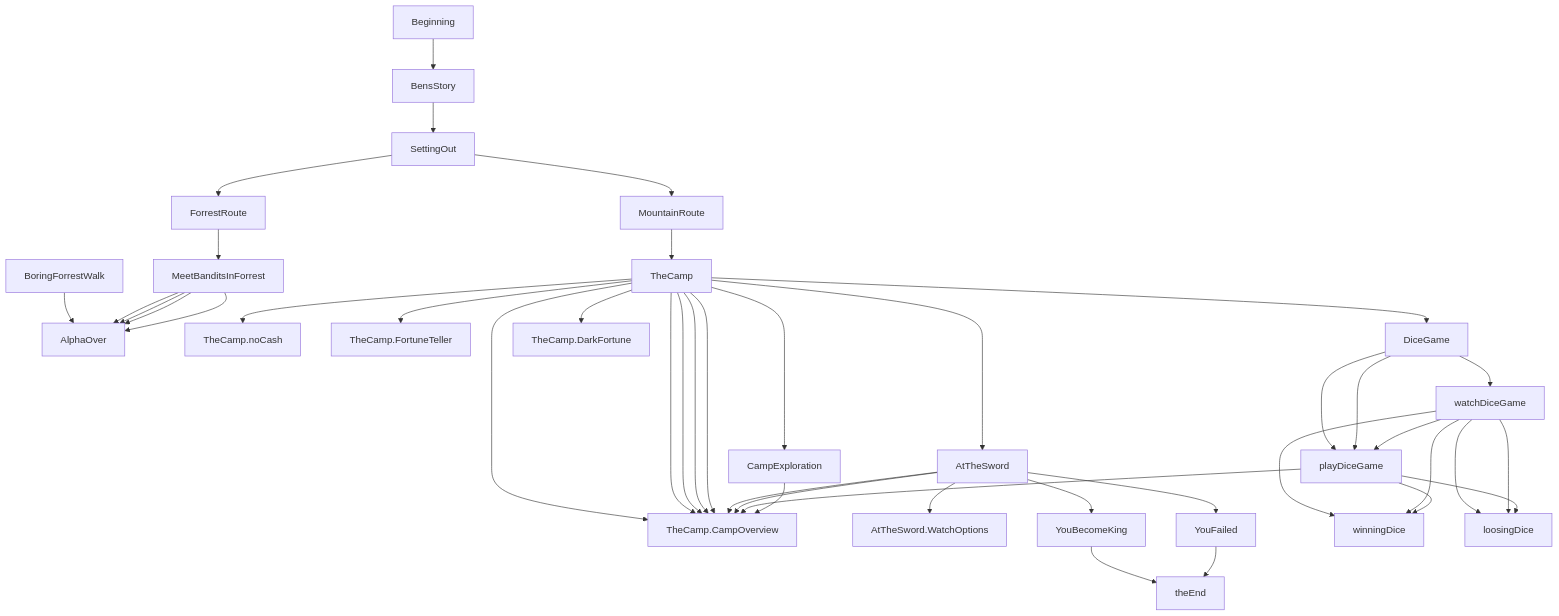
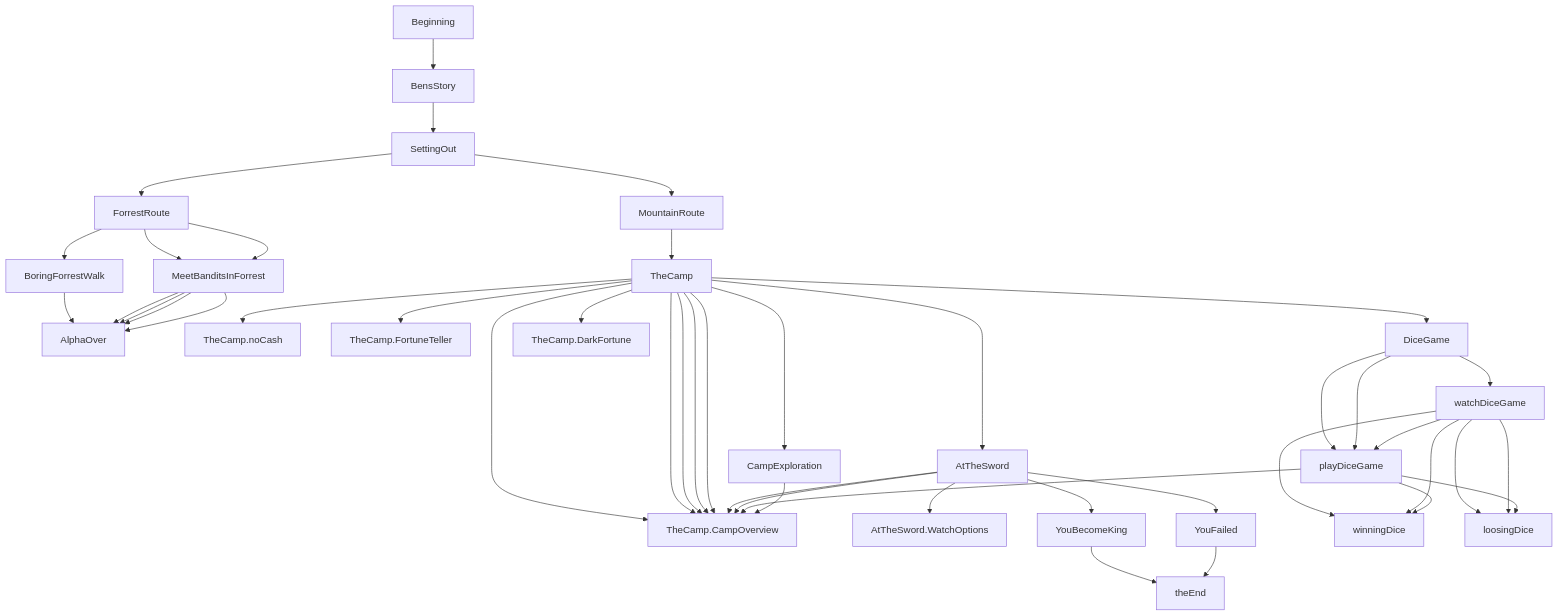
One commit to HoverBaum/the-sword changed the diagram in story/overview.mmd. Above: the diagram before and after it, drawn with Mermaid. The commit also changed 4 other files, not shown here.

Commit message:
✨ update story to include more forrest routes.

```diff
--- a/story/overview.mmd
+++ b/story/overview.mmd
@@ -1,1 +1,1 @@
-graph TD;Beginning-->BensStory;BensStory-->SettingOut;SettingOut-->ForrestRoute;SettingOut-->MountainRoute;ForrestRoute-->MeetBanditsInForrest;BoringForrestWalk-->AlphaOver;MeetBanditsInForrest-->AlphaOver;MeetBanditsInForrest-->AlphaOver;MeetBanditsInForrest-->AlphaOver;MeetBanditsInForrest-->AlphaOver;TheCamp-->TheCamp.CampOverview;TheCamp-->TheCamp.noCash;TheCamp-->TheCamp.CampOverview;TheCamp-->TheCamp.FortuneTeller;TheCamp-->DiceGame;TheCamp-->CampExploration;TheCamp-->AtTheSword;TheCamp-->TheCamp.CampOverview;TheCamp-->TheCamp.CampOverview;TheCamp-->TheCamp.DarkFortune;TheCamp-->TheCamp.CampOverview;AtTheSword-->TheCamp.CampOverview;AtTheSword-->AtTheSword.WatchOptions;AtTheSword-->TheCamp.CampOverview;AtTheSword-->YouBecomeKing;AtTheSword-->YouFailed;YouBecomeKing-->theEnd;YouFailed-->theEnd;DiceGame-->watchDiceGame;DiceGame-->playDiceGame;DiceGame-->playDiceGame;watchDiceGame-->winningDice;watchDiceGame-->loosingDice;watchDiceGame-->loosingDice;watchDiceGame-->winningDice;watchDiceGame-->playDiceGame;playDiceGame-->loosingDice;playDiceGame-->winningDice;playDiceGame-->TheCamp.CampOverview;CampExploration-->TheCamp.CampOverview;MountainRoute-->TheCamp;
+graph TD;Beginning-->BensStory;BensStory-->SettingOut;SettingOut-->ForrestRoute;SettingOut-->MountainRoute;ForrestRoute-->BoringForrestWalk;ForrestRoute-->MeetBanditsInForrest;ForrestRoute-->MeetBanditsInForrest;BoringForrestWalk-->AlphaOver;MeetBanditsInForrest-->AlphaOver;MeetBanditsInForrest-->AlphaOver;MeetBanditsInForrest-->AlphaOver;MeetBanditsInForrest-->AlphaOver;TheCamp-->TheCamp.CampOverview;TheCamp-->TheCamp.noCash;TheCamp-->TheCamp.CampOverview;TheCamp-->TheCamp.FortuneTeller;TheCamp-->DiceGame;TheCamp-->CampExploration;TheCamp-->AtTheSword;TheCamp-->TheCamp.CampOverview;TheCamp-->TheCamp.CampOverview;TheCamp-->TheCamp.DarkFortune;TheCamp-->TheCamp.CampOverview;AtTheSword-->TheCamp.CampOverview;AtTheSword-->AtTheSword.WatchOptions;AtTheSword-->TheCamp.CampOverview;AtTheSword-->YouBecomeKing;AtTheSword-->YouFailed;YouBecomeKing-->theEnd;YouFailed-->theEnd;DiceGame-->watchDiceGame;DiceGame-->playDiceGame;DiceGame-->playDiceGame;watchDiceGame-->winningDice;watchDiceGame-->loosingDice;watchDiceGame-->loosingDice;watchDiceGame-->winningDice;watchDiceGame-->playDiceGame;playDiceGame-->loosingDice;playDiceGame-->winningDice;playDiceGame-->TheCamp.CampOverview;CampExploration-->TheCamp.CampOverview;MountainRoute-->TheCamp;
```
